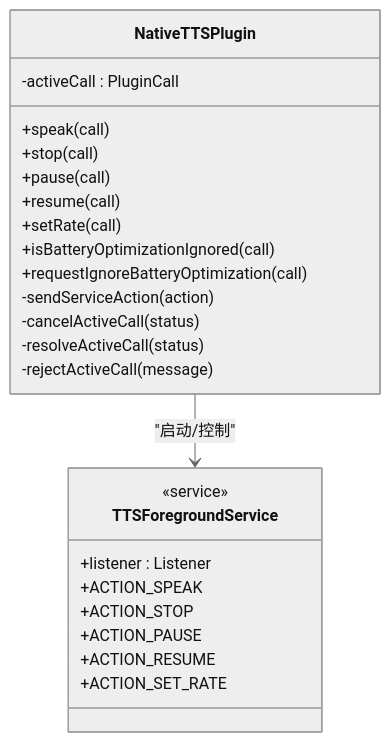
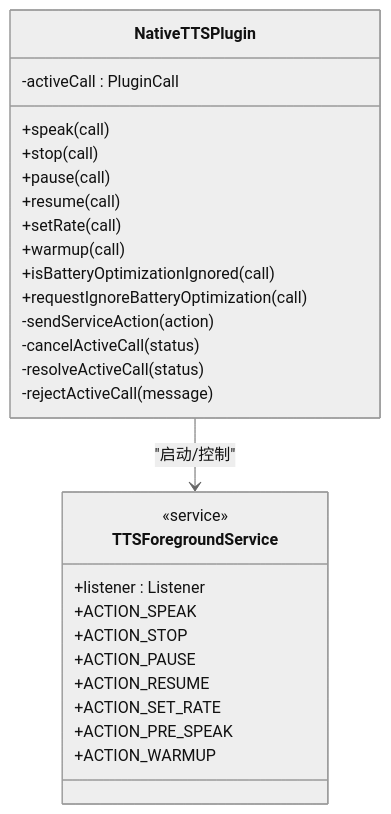
The sixth of 7 diagrams in .qoder/repowiki/zh/content/移动应用开发/插件系统.md (zhao-zg/cx), drawn with Mermaid (neutral theme) before and after one commit. The commit also changed other lines of this file and 31 other files, not shown here.

````diff
--- a/.qoder/repowiki/zh/content/移动应用开发/插件系统.md
+++ b/.qoder/repowiki/zh/content/移动应用开发/插件系统.md
@@ -216,27 +228,30 @@
 ```mermaid
 classDiagram
 class NativeTTSPlugin {
 -activeCall : PluginCall
 +speak(call)
 +stop(call)
 +pause(call)
 +resume(call)
 +setRate(call)
++warmup(call)
 +isBatteryOptimizationIgnored(call)
 +requestIgnoreBatteryOptimization(call)
 -sendServiceAction(action)
 -cancelActiveCall(status)
 -resolveActiveCall(status)
 -rejectActiveCall(message)
 }
 class TTSForegroundService {
 <<service>>
 +listener : Listener
 +ACTION_SPEAK
 +ACTION_STOP
 +ACTION_PAUSE
 +ACTION_RESUME
 +ACTION_SET_RATE
++ACTION_PRE_SPEAK
++ACTION_WARMUP
 }
 NativeTTSPlugin --> TTSForegroundService : "启动/控制"
 ```
````
